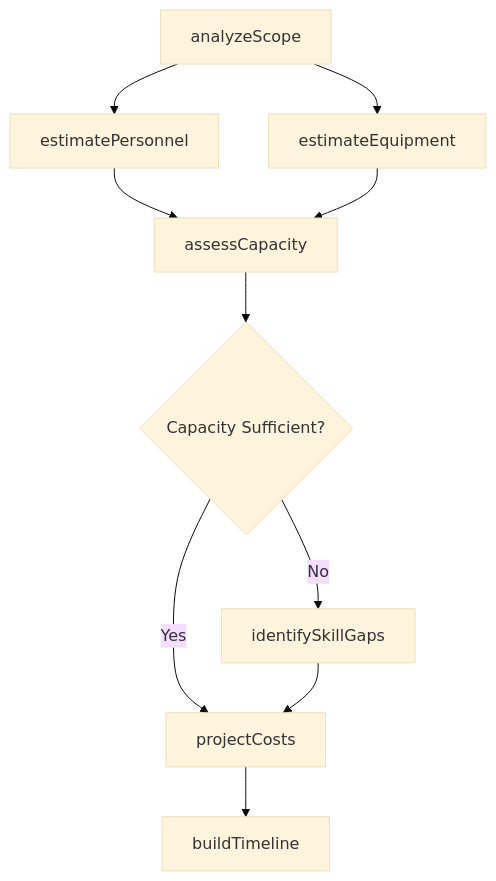
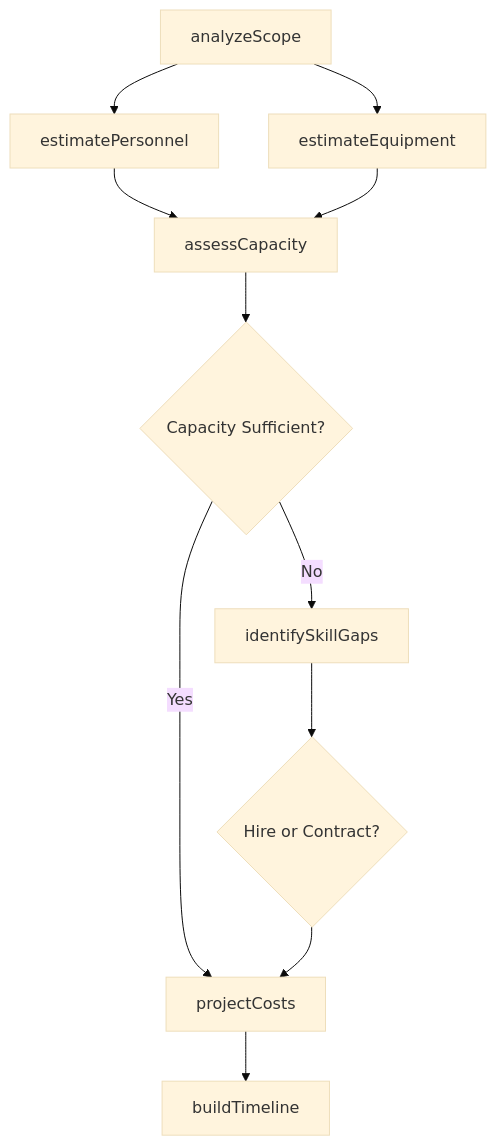
Before and after one commit to dot-org-ai/tasks.org.ai: the third of 4 diagrams in MakingDecisionsAndSolvingProblems/DetermineResourceNeedsOfProjectsOrOperations/EstimateTechnicalResourceRequirementsDevelopment.mdx, drawn with Mermaid (base theme). The commit also changed other lines of this file and 504 other files, not shown here.

First line of the commit message:
feat: Add ER diagrams, state diagrams, and workflow improvements to 96 DWA task files

````diff
--- a/MakingDecisionsAndSolvingProblems/DetermineResourceNeedsOfProjectsOrOperations/EstimateTechnicalResourceRequirementsDevelopment.mdx
+++ b/MakingDecisionsAndSolvingProblems/DetermineResourceNeedsOfProjectsOrOperations/EstimateTechnicalResourceRequirementsDevelopment.mdx
@@ -86,12 +113,13 @@
 ```mermaid
 graph TD
     A[analyzeScope] --> B[estimatePersonnel]
     A --> C[estimateEquipment]
     B --> D[assessCapacity]
     C --> D
     D --> E{Capacity Sufficient?}
     E -->|Yes| F[projectCosts]
     E -->|No| G[identifySkillGaps]
-    G --> F
-    F --> H[buildTimeline]
+    G --> H{Hire or Contract?}
+    H --> F
+    F --> I[buildTimeline]
 ```
````
